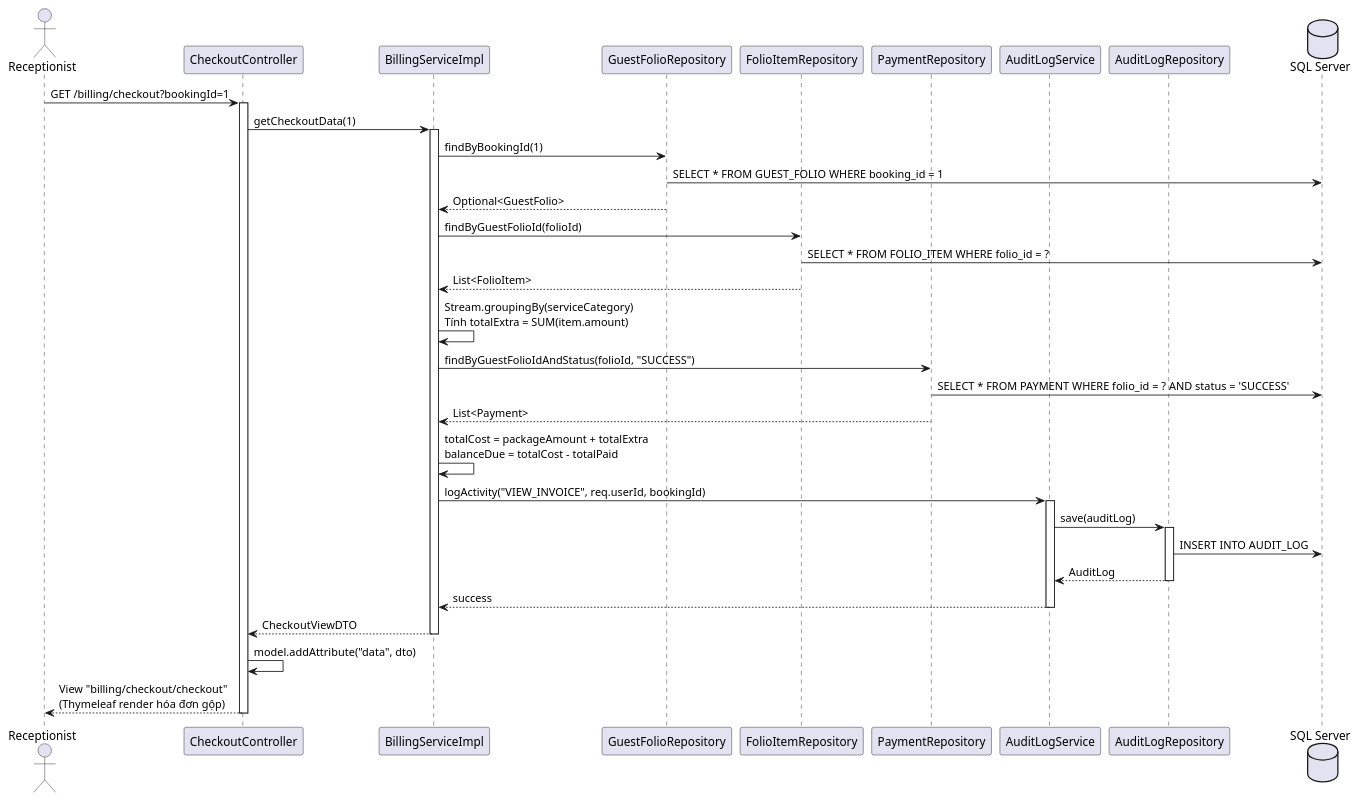
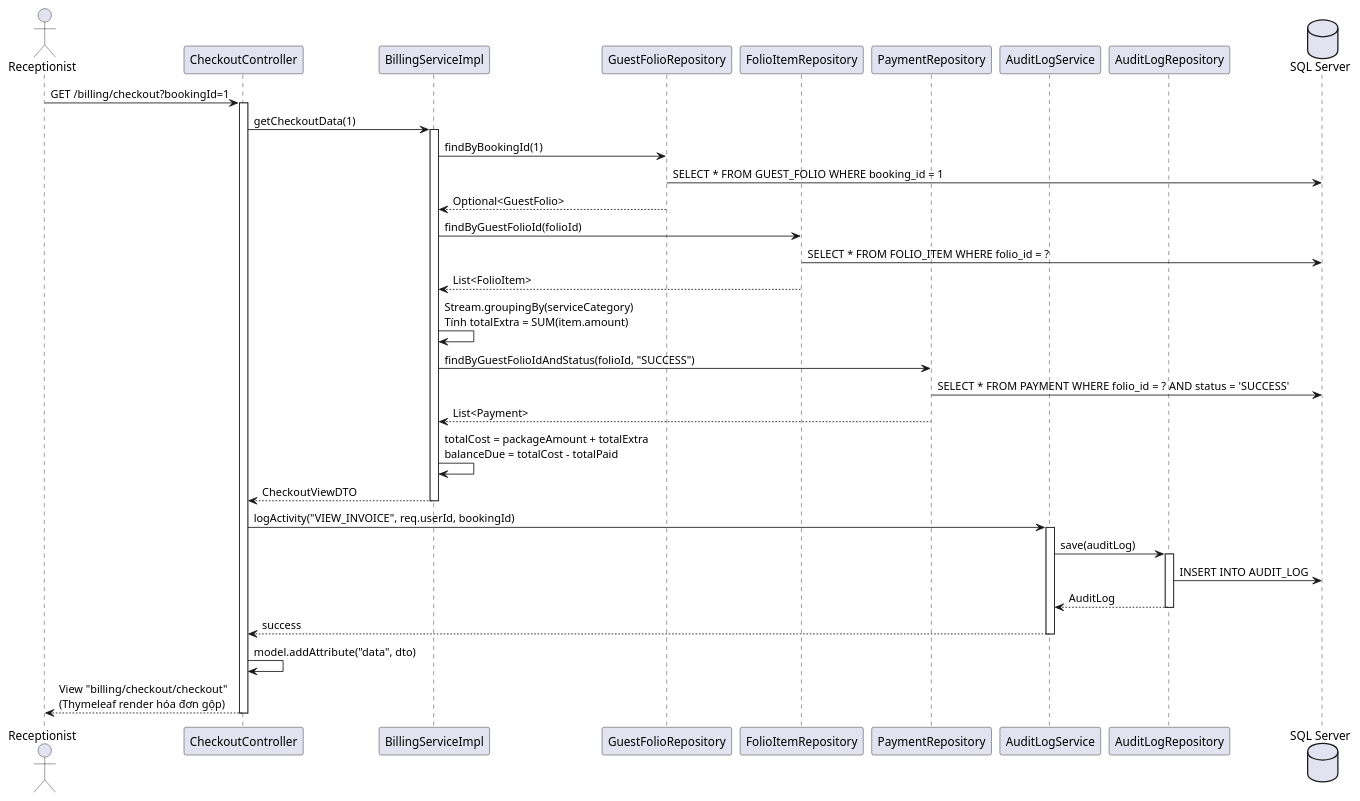
One commit to danhdac36/xoai-aura-retreat changed the second of 4 diagrams in 04_Implement/Module5/UC21/UC21_EDS_Consolidated_Invoice.md. Above: the diagram before and after it, drawn with PlantUML. The commit also changed other lines of this file and 10 other files, not shown here.

````diff
--- a/04_Implement/Module5/UC21/UC21_EDS_Consolidated_Invoice.md
+++ b/04_Implement/Module5/UC21/UC21_EDS_Consolidated_Invoice.md
@@ -309,52 +320,52 @@
 ```plantuml
 @startuml
 actor "Receptionist" as User
 participant "CheckoutController" as Controller
 participant "BillingServiceImpl" as Service
 participant "GuestFolioRepository" as FolioRepo
 participant "FolioItemRepository" as ItemRepo
 participant "PaymentRepository" as PayRepo
 participant "AuditLogService" as AuditService
 participant "AuditLogRepository" as AuditRepo
 database "SQL Server" as DB
 
 User -> Controller: GET /billing/checkout?bookingId=1
 activate Controller
 
 Controller -> Service: getCheckoutData(1)
 activate Service
 
 Service -> FolioRepo: findByBookingId(1)
 FolioRepo -> DB: SELECT * FROM GUEST_FOLIO WHERE booking_id = 1
 FolioRepo --> Service: Optional<GuestFolio>
 
 Service -> ItemRepo: findByGuestFolioId(folioId)
 ItemRepo -> DB: SELECT * FROM FOLIO_ITEM WHERE folio_id = ?
 ItemRepo --> Service: List<FolioItem>
 
 Service -> Service: Stream.groupingBy(serviceCategory)\nTính totalExtra = SUM(item.amount)
 
 Service -> PayRepo: findByGuestFolioIdAndStatus(folioId, "SUCCESS")
 PayRepo -> DB: SELECT * FROM PAYMENT WHERE folio_id = ? AND status = 'SUCCESS'
 PayRepo --> Service: List<Payment>
 
 Service -> Service: totalCost = packageAmount + totalExtra\nbalanceDue = totalCost - totalPaid
 
-Service -> AuditService: logActivity("VIEW_INVOICE", req.userId, bookingId)
+Service --> Controller: CheckoutViewDTO
+deactivate Service
+
+Controller -> AuditService: logActivity("VIEW_INVOICE", req.userId, bookingId)
 activate AuditService
 AuditService -> AuditRepo: save(auditLog)
 activate AuditRepo
 AuditRepo -> DB: INSERT INTO AUDIT_LOG
 AuditRepo --> AuditService: AuditLog
 deactivate AuditRepo
-AuditService --> Service: success
+AuditService --> Controller: success
 deactivate AuditService
-
-Service --> Controller: CheckoutViewDTO
-deactivate Service
 
 Controller -> Controller: model.addAttribute("data", dto)
 Controller --> User: View "billing/checkout/checkout"\n(Thymeleaf render hóa đơn gộp)
 deactivate Controller
 @enduml
 ```
````
